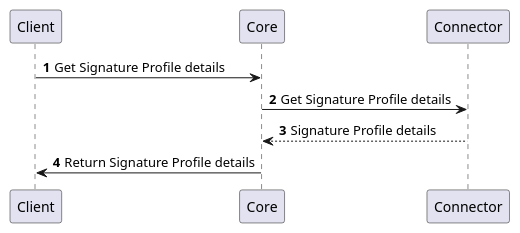
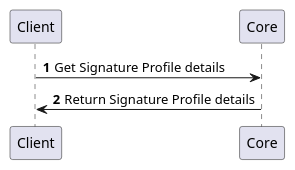
One commit to KaterinaBzatkova/CZERTAINLY-Documentation changed the sixth of 9 diagrams in docs/10-certificate-key/12-connectors/31-signature-provider.md. Above: the diagram before and after it, drawn with PlantUML. The commit also changed other lines of this file, not shown here.

````diff
--- a/docs/10-certificate-key/12-connectors/31-signature-provider.md
+++ b/docs/10-certificate-key/12-connectors/31-signature-provider.md
@@ -52,10 +121,8 @@
 ```plantuml
     @startuml
     autonumber
     skinparam topurl https://docs.czertainly.com/api/
         Client -> Core [[core-client-operations/#tag/v2-Client-Operations/operation/revokeCertificate]]: Get Signature Profile details
-        Core -> Connector [[connector-authority-provider-v2/#tag/Certificate-Management/operation/validateRevokeCertificateAttributes]]: Get Signature Profile details
-        Connector --> Core: Signature Profile details
         Core -> Client: Return Signature Profile details
     @enduml
 ```
````
